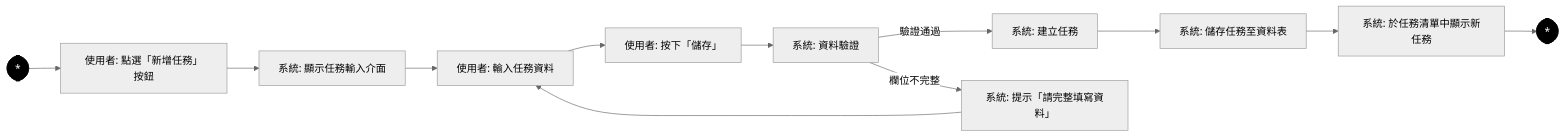
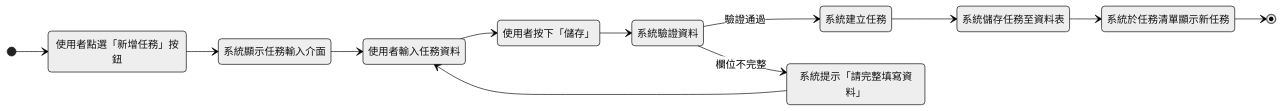
One commit to zhuang147/Task-Management changed the fourth of 6 diagrams in hw5.md. Above: the diagram before and after it, drawn with Mermaid (neutral theme).

Commit message:
Revise UML activity diagram for task creation
Updated UML activity diagram for task creation with detailed steps.

````diff
--- a/hw5.md
+++ b/hw5.md
@@ -134,22 +134,29 @@
 ```mermaid
 
- graph LR
-    start([*])
-    start --> B["使用者: 點選「新增任務」按鈕"]
-    B --> C["系統: 顯示任務輸入介面"]
-    C --> D["使用者: 輸入任務資料"]
-    D --> E["使用者: 按下「儲存」"]
-    E --> F["系統: 資料驗證"]
-    F -- 驗證通過 --> G["系統: 建立任務"]
-    G --> H["系統: 儲存任務至資料表"]
-    H --> I["系統: 於任務清單中顯示新任務"]
-    I --> finish([*])
-    F -- 欄位不完整 --> J["系統: 提示「請完整填寫資料」"]
-    J --> D
+ stateDiagram-v2
+direction LR
 
-    %% 設定開始與結束黑點顏色
-    style start fill:#000000,stroke:#000000,color:#ffffff
-    style finish fill:#000000,stroke:#000000,color:#ffffff
+    [*] --> 點選新增任務
+    點選新增任務: 使用者點選「新增任務」按鈕
+    點選新增任務 --> 顯示任務介面
+    顯示任務介面: 系統顯示任務輸入介面
+    顯示任務介面 --> 輸入任務資料
+    輸入任務資料: 使用者輸入任務資料
+    輸入任務資料 --> 儲存按鈕
+    儲存按鈕: 使用者按下「儲存」
+    儲存按鈕 --> 資料驗證
+    資料驗證: 系統驗證資料
+    資料驗證 --> 建立任務: 驗證通過
+    資料驗證 --> 提示錯誤: 欄位不完整
+    提示錯誤: 系統提示「請完整填寫資料」
+    提示錯誤 --> 輸入任務資料
+    建立任務: 系統建立任務
+    建立任務 --> 儲存任務
+    儲存任務: 系統儲存任務至資料表
+    儲存任務 --> 顯示新任務
+    顯示新任務: 系統於任務清單顯示新任務
+    顯示新任務 --> [*]
+
 
 
 ```
````
